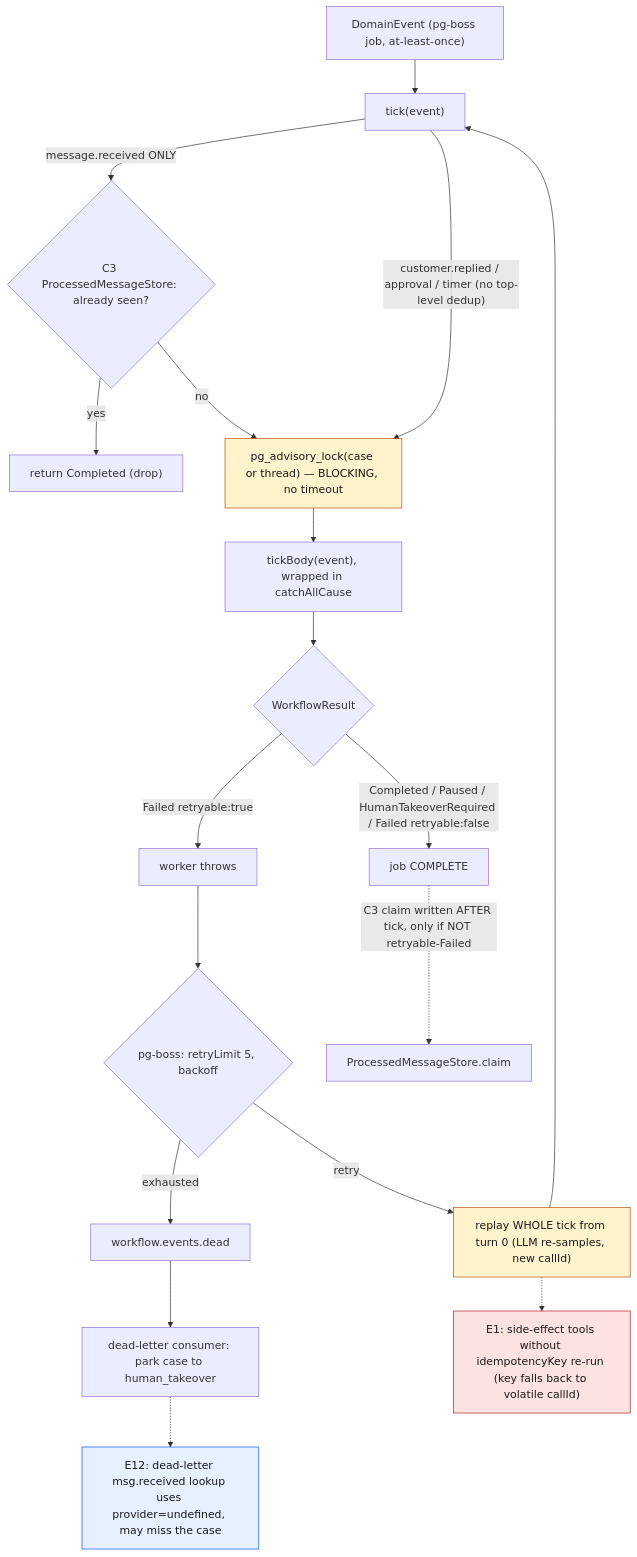
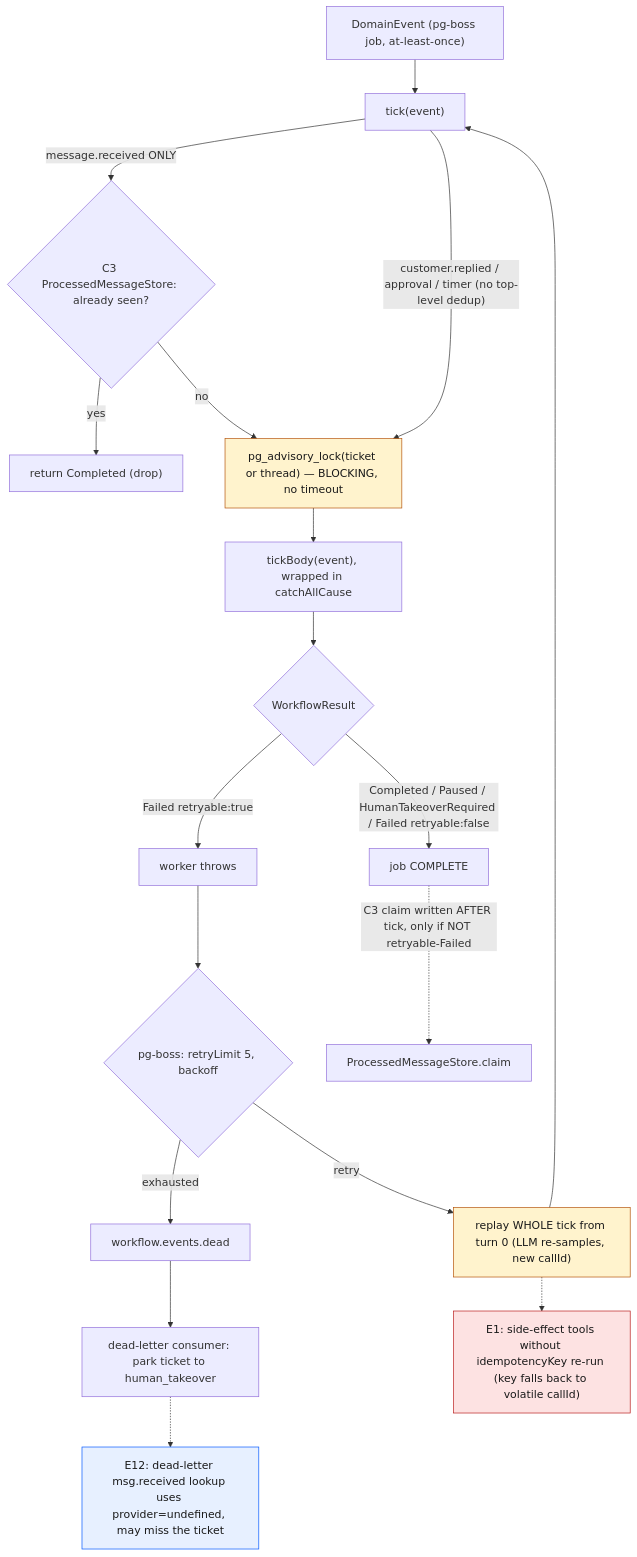
Before and after one commit to anasnaciri/support-agent: the diagram in docs/diagrams/01-dispatch-retry.mmd, drawn with Mermaid. The commit also changed 563 other files, not shown here.

```diff
--- a/docs/diagrams/01-dispatch-retry.mmd
+++ b/docs/diagrams/01-dispatch-retry.mmd
@@ -1,32 +1,32 @@
 %% Agent runtime — top-level dispatch + retry / redelivery model
 %% Render: paste into https://mermaid.live or any Mermaid renderer
 flowchart TD
     EV["DomainEvent (pg-boss job, at-least-once)"] --> TICK["tick(event)"]
 
     TICK -->|"message.received ONLY"| C3{"C3 ProcessedMessageStore: already seen?"}
     C3 -->|yes| DROP["return Completed (drop)"]
     C3 -->|no| LOCK
     TICK -->|"customer.replied / approval / timer (no top-level dedup)"| LOCK
 
-    LOCK["pg_advisory_lock(case or thread) — BLOCKING, no timeout"]:::warn --> BODY["tickBody(event), wrapped in catchAllCause"]
+    LOCK["pg_advisory_lock(ticket or thread) — BLOCKING, no timeout"]:::warn --> BODY["tickBody(event), wrapped in catchAllCause"]
     BODY --> RES{"WorkflowResult"}
 
     RES -->|"Failed retryable:true"| THROW["worker throws"]
     RES -->|"Completed / Paused / HumanTakeoverRequired / Failed retryable:false"| DONE["job COMPLETE"]
 
     THROW --> PGB{"pg-boss: retryLimit 5, backoff"}
     PGB -->|retry| REPLAY["replay WHOLE tick from turn 0 (LLM re-samples, new callId)"]:::warn
     REPLAY --> TICK
     PGB -->|exhausted| DL["workflow.events.dead"]
-    DL --> DLC["dead-letter consumer: park case to human_takeover"]
+    DL --> DLC["dead-letter consumer: park ticket to human_takeover"]
 
     DONE -.->|"C3 claim written AFTER tick, only if NOT retryable-Failed"| C3CLAIM["ProcessedMessageStore.claim"]
 
     E1["E1: side-effect tools without idempotencyKey re-run (key falls back to volatile callId)"]:::hi
-    E12["E12: dead-letter msg.received lookup uses provider=undefined, may miss the case"]:::lo
+    E12["E12: dead-letter msg.received lookup uses provider=undefined, may miss the ticket"]:::lo
     REPLAY -.-> E1
     DLC -.-> E12
 
     classDef warn fill:#fff3cd,stroke:#b45309,color:#191919;
     classDef hi fill:#fde2e2,stroke:#b91c1c,color:#191919;
     classDef lo fill:#e7f0ff,stroke:#0057ff,color:#191919;
```
